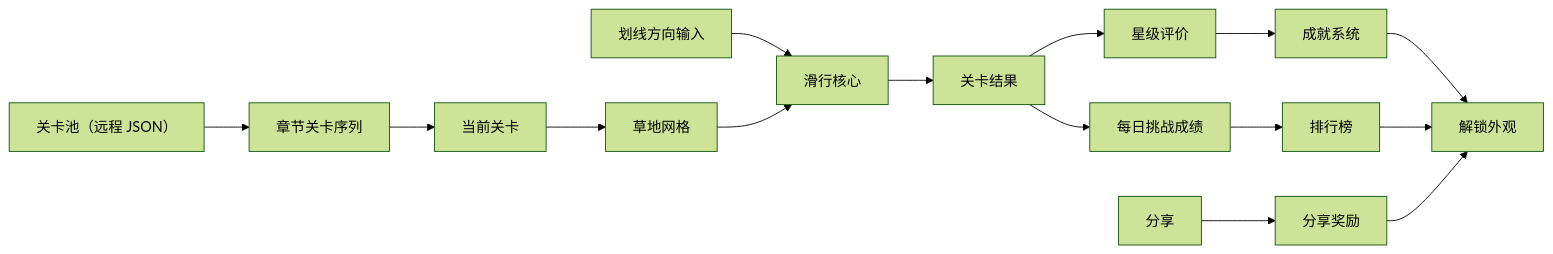
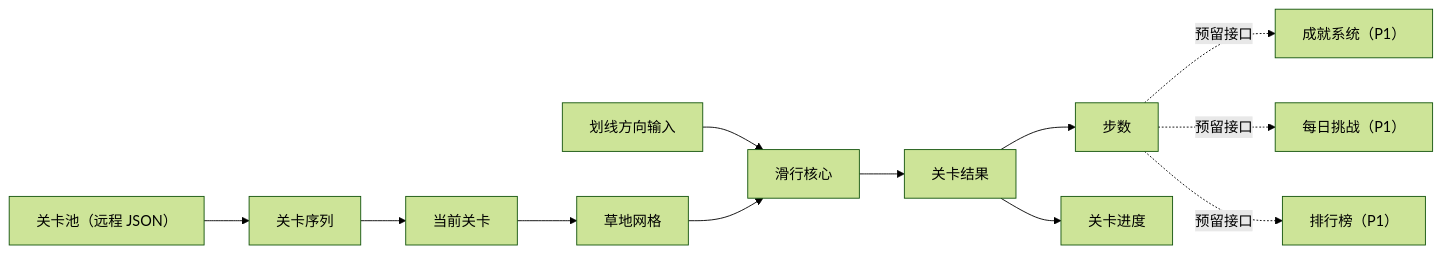
The second of 2 diagrams in #PROJECT/longcat/GDD/01_top_design/design.md (orsonHuang/ai_test), drawn with Mermaid (forest theme) before and after one commit. The commit also changed other lines of this file and 15 other files, not shown here.

````diff
--- a/#PROJECT/longcat/GDD/01_top_design/design.md
+++ b/#PROJECT/longcat/GDD/01_top_design/design.md
@@ -72,22 +68,17 @@
 ```mermaid
 flowchart LR
-  LevelPool["关卡池（远程 JSON）"] --> Seq["章节关卡序列"]
+  LevelPool["关卡池（远程 JSON）"] --> Seq["关卡序列"]
   Seq --> Level["当前关卡"]
 
   Input["划线方向输入"] --> Core["滑行核心"]
   Level --> Grid["草地网格"]
   Grid --> Core
 
   Core --> Result["关卡结果"]
-  Result --> Star["星级评价"]
-  Result --> Daily["每日挑战成绩"]
+  Result --> Steps["步数"]
+  Result --> Progress["关卡进度"]
 
-  Star --> Achieve["成就系统"]
-  Daily --> Rank["排行榜"]
-
-  Achieve --> Unlock["解锁外观"]
-  Rank --> Unlock
-
-  Share["分享"] --> Reward["分享奖励"]
-  Reward --> Unlock
+  Steps -.->|预留接口| Achieve["成就系统（P1）"]
+  Steps -.->|预留接口| Daily["每日挑战（P1）"]
+  Steps -.->|预留接口| Rank["排行榜（P1）"]
 ```
````
